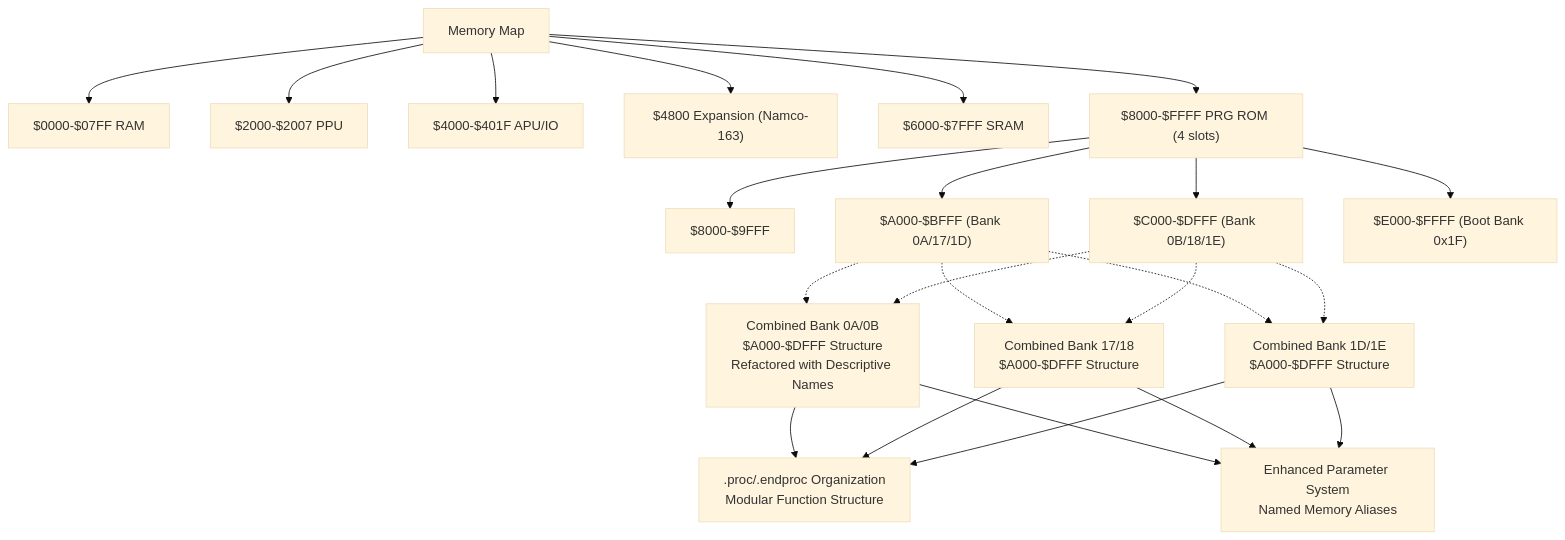
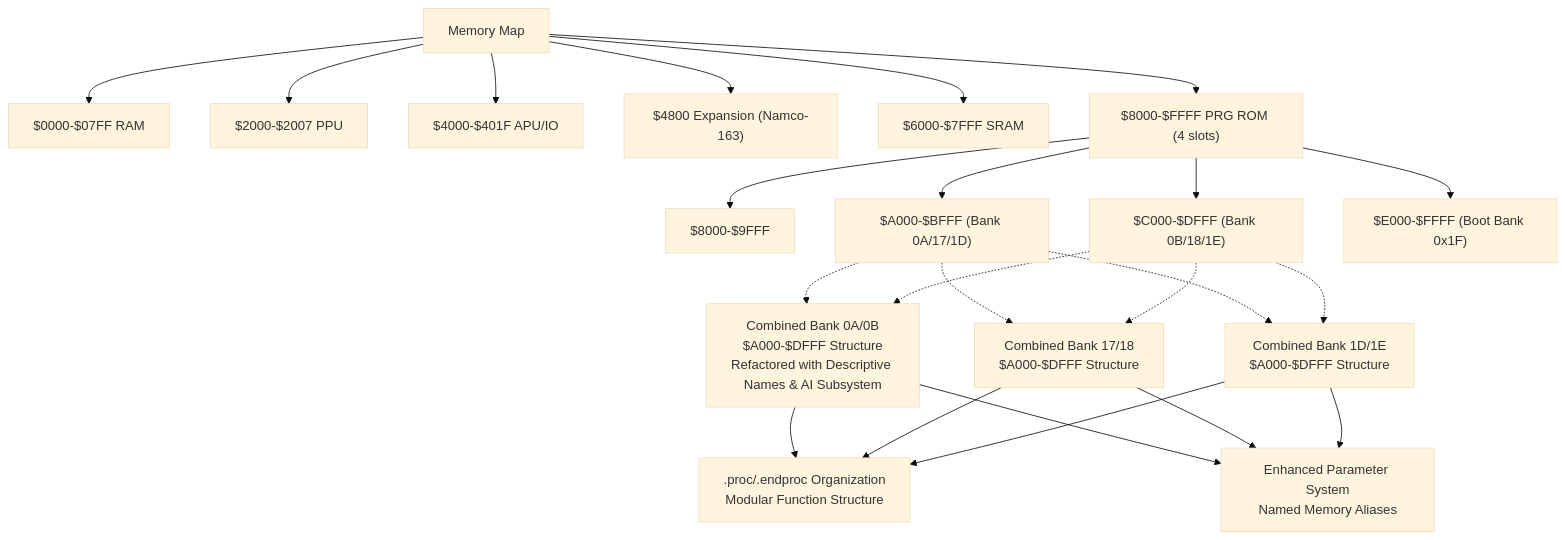
One commit to rabbyzero/sango2dasm changed the third of 17 diagrams in .qoder/repowiki/en/content/Assembly Architecture/Assembly Architecture.md. Above: the diagram before and after it, drawn with Mermaid (base theme). The commit also changed other lines of this file and 5 other files, not shown here.

````diff
--- a/.qoder/repowiki/en/content/Assembly Architecture/Assembly Architecture.md
+++ b/.qoder/repowiki/en/content/Assembly Architecture/Assembly Architecture.md
@@ -292,30 +308,30 @@
 ```mermaid
 flowchart TD
 MEM["Memory Map"] --> RAM["$0000-$07FF RAM"]
 MEM --> PPUREG["$2000-$2007 PPU"]
 MEM --> IOREG["$4000-$401F APU/IO"]
 MEM --> EXPROM["$4800 Expansion (Namco-163)"]
 MEM --> SRAM["$6000-$7FFF SRAM"]
 MEM --> PRG["$8000-$FFFF PRG ROM (4 slots)"]
 PRG --> SLOT0["$8000-$9FFF"]
 PRG --> SLOT1["$A000-$BFFF (Bank 0A/17/1D)"]
 PRG --> SLOT2["$C000-$DFFF (Bank 0B/18/1E)"]
 PRG --> SLOT3["$E000-$FFFF (Boot Bank 0x1F)"]
-COMBINED0A_0B["Combined Bank 0A/0B<br/>$A000-$DFFF Structure<br/>Refactored with Descriptive Names"]
+COMBINED0A_0B["Combined Bank 0A/0B<br/>$A000-$DFFF Structure<br/>Refactored with Descriptive Names & AI Subsystem"]
 COMBINED17_18["Combined Bank 17/18<br/>$A000-$DFFF Structure"]
 COMBINED1D_1E["Combined Bank 1D/1E<br/>$A000-$DFFF Structure"]
 SLOT1 -.-> COMBINED0A_0B
 SLOT1 -.-> COMBINED17_18
 SLOT1 -.-> COMBINED1D_1E
 SLOT2 -.-> COMBINED0A_0B
 SLOT2 -.-> COMBINED17_18
 SLOT2 -.-> COMBINED1D_1E
 PROC[".proc/.endproc Organization<br/>Modular Function Structure"]
 PARAMSYS["Enhanced Parameter System<br/>Named Memory Aliases"]
 COMBINED0A_0B --> PROC
 COMBINED0A_0B --> PARAMSYS
 COMBINED17_18 --> PROC
 COMBINED17_18 --> PARAMSYS
 COMBINED1D_1E --> PROC
 COMBINED1D_1E --> PARAMSYS
 ```
````
